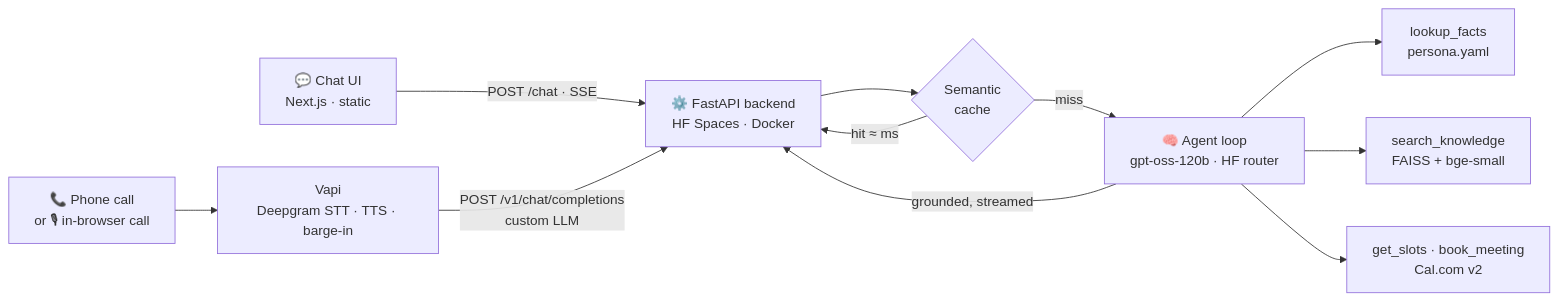
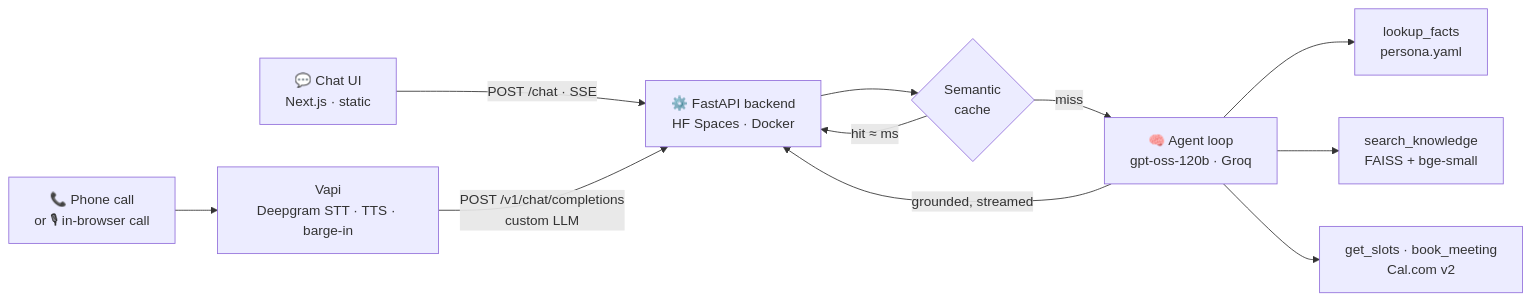
One commit to RAJVEER42/rajveer-ai-persona changed the diagram in README.md. Above: the diagram before and after it, drawn with Mermaid. The commit also changed other lines of this file and 20 other files, not shown here.

````diff
--- a/README.md
+++ b/README.md
@@ -93,14 +93,14 @@
 ```mermaid
 flowchart LR
     CHAT["💬 Chat UI<br/>Next.js · static"] -->|POST /chat · SSE| BE
     VOICE["📞 Phone call<br/>or 🎙 in-browser call"] --> VAPI["Vapi<br/>Deepgram STT · TTS · barge-in"]
     VAPI -->|POST /v1/chat/completions<br/>custom LLM| BE
 
     BE["⚙️ FastAPI backend<br/>HF Spaces · Docker"] --> CACHE{"Semantic<br/>cache"}
     CACHE -->|hit ≈ ms| BE
-    CACHE -->|miss| AGENT["🧠 Agent loop<br/>gpt-oss-120b · HF router"]
+    CACHE -->|miss| AGENT["🧠 Agent loop<br/>gpt-oss-120b · Groq"]
     AGENT --> T1["lookup_facts<br/>persona.yaml"]
     AGENT --> T2["search_knowledge<br/>FAISS + bge-small"]
     AGENT --> T3["get_slots · book_meeting<br/>Cal.com v2"]
     AGENT -->|grounded, streamed| BE
 ```
````
